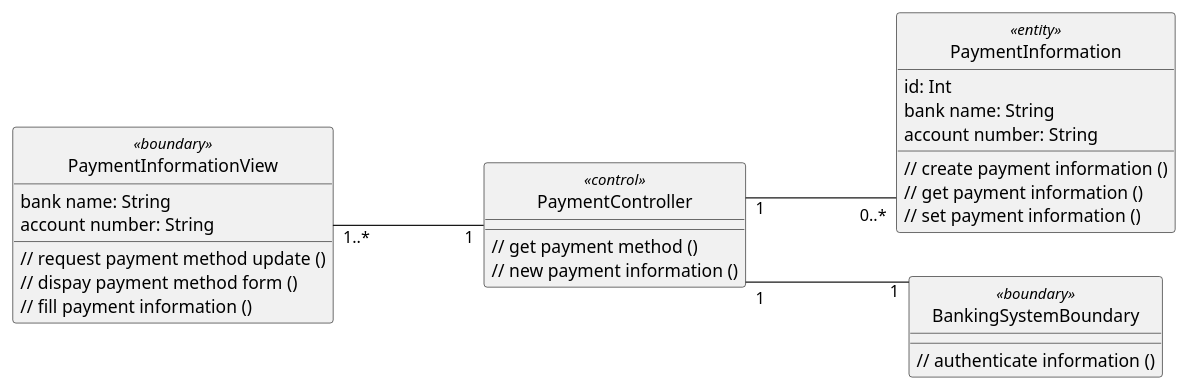
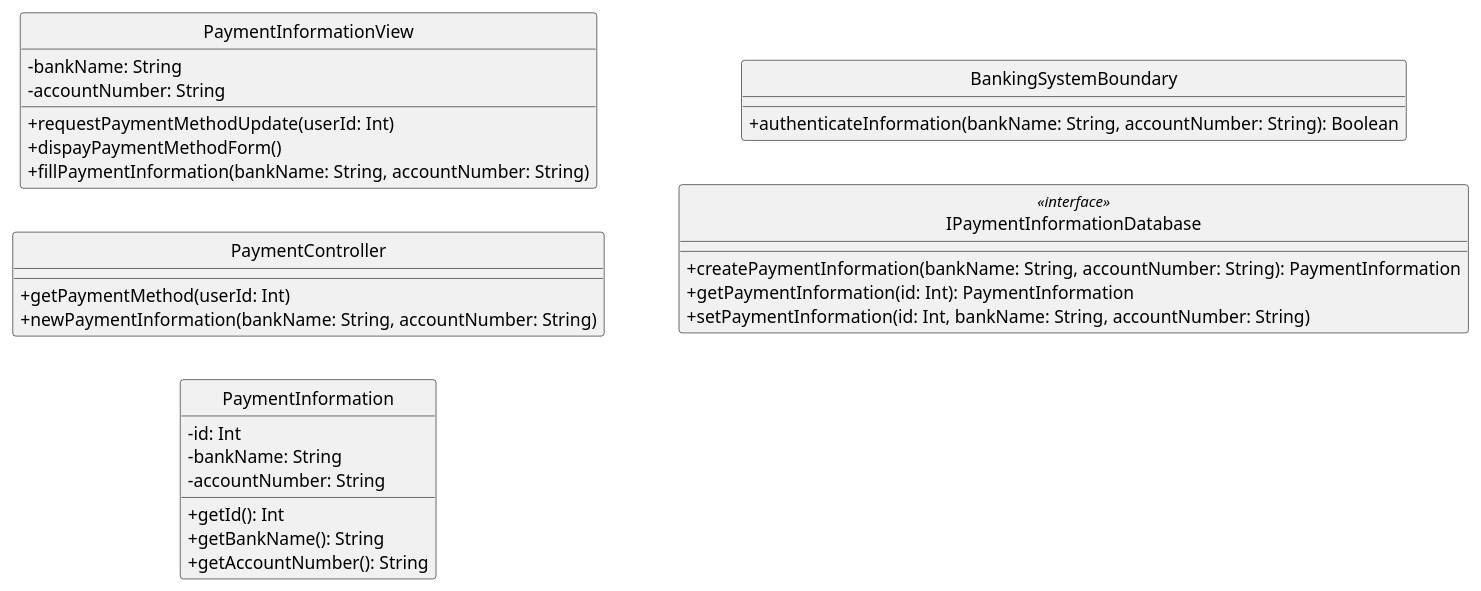
Before and after one commit to anhbanlinhle/velocity-exchange: the diagram in uml/design/class/linh/update_payment_information.pu, drawn with PlantUML.

Commit message:
doc[lynn]: design vopc no. 4

```diff
--- a/uml/design/class/linh/update_payment_information.pu
+++ b/uml/design/class/linh/update_payment_information.pu
@@ -1,48 +1,41 @@
 @startuml 
 skinparam classAttributeIconSize 0
 skinparam linetype ortho
 left to right direction
 hide circle
-class PaymentInformationView <<boundary>> {
-    bank name: String
-    account number: String
+class PaymentInformationView {
+    - bankName: String
+    - accountNumber: String
 
-    // request payment method update ()
-    // dispay payment method form ()
-    // fill payment information ()
+    + requestPaymentMethodUpdate(userId: Int)
+    + dispayPaymentMethodForm()
+    + fillPaymentInformation(bankName: String, accountNumber: String)
 
     }
 
-class PaymentController <<control>> {
-    // get payment method ()
-    // new payment information ()
-
-
+class PaymentController {
+    + getPaymentMethod(userId: Int)
+    + newPaymentInformation(bankName: String, accountNumber: String)
     }
 
-class PaymentInformation <<entity>> {
-    id: Int
-    bank name: String
-    account number: String
+class PaymentInformation {
+    - id: Int
+    - bankName: String
+    - accountNumber: String
 
-    // create payment information ()
-    // get payment information ()
-    // set payment information ()
-
+    + getId(): Int
+    + getBankName(): String
+    + getAccountNumber(): String
     }
 
-class BankingSystemBoundary <<boundary>> {
-    
-
-    // authenticate information ()
-
-
+class BankingSystemBoundary {
+    + authenticateInformation(bankName: String, accountNumber: String): Boolean
     }
 
-PaymentInformationView "1..*" --- "1" PaymentController
-
-PaymentController "1" --- "0..*" PaymentInformation
-
-PaymentController "1" --- "1" BankingSystemBoundary
+class IPaymentInformationDatabase <<interface>> {
+    + createPaymentInformation(bankName: String, accountNumber: String): PaymentInformation
+    + getPaymentInformation(id: Int): PaymentInformation
+    + setPaymentInformation(id: Int, bankName: String, accountNumber: String)
+    }
 
 @enduml
```
